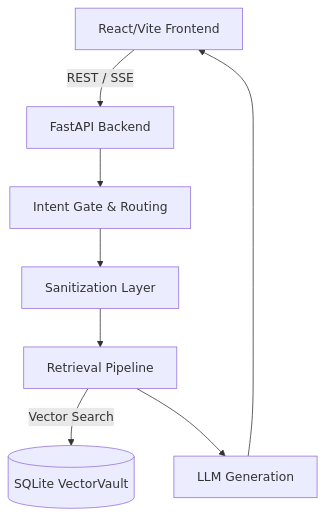
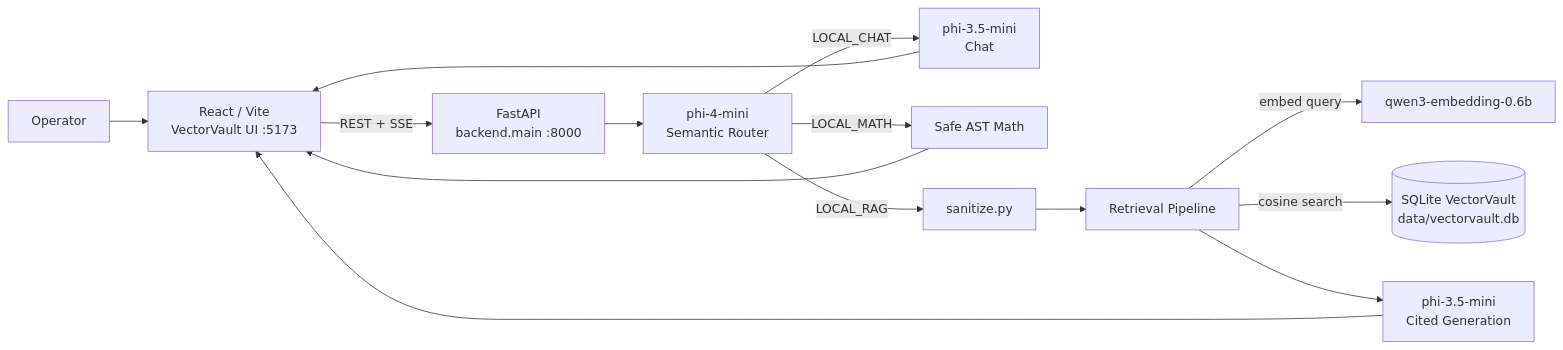
One commit to busradeveci/finansasistan-local-rag changed the diagram in README.md. Above: the diagram before and after it, drawn with Mermaid. The commit also changed other lines of this file, not shown here.

````diff
--- a/README.md
+++ b/README.md
@@ -26,10 +26,16 @@
 ```mermaid
-graph TD
-    A[React/Vite Frontend] -->|REST / SSE| B[FastAPI Backend]
-    B --> C[Intent Gate & Routing]
-    C --> D[Sanitization Layer]
-    D --> E[Retrieval Pipeline]
-    E -->|Vector Search| F[(SQLite VectorVault)]
-    E --> G[LLM Generation]
-    G --> A
+flowchart LR
+    U[Operator] --> FE[React / Vite<br/>VectorVault UI :5173]
+    FE -->|REST + SSE| API[FastAPI<br/>backend.main :8000]
+    API --> R[phi-4-mini<br/>Semantic Router]
+    R -->|LOCAL_CHAT| CHAT[phi-3.5-mini<br/>Chat]
+    R -->|LOCAL_MATH| MATH[Safe AST Math]
+    R -->|LOCAL_RAG| SAN[sanitize.py]
+    SAN --> RET[Retrieval Pipeline]
+    RET -->|embed query| EMB[qwen3-embedding-0.6b]
+    RET -->|cosine search| DB[(SQLite VectorVault<br/>data/vectorvault.db)]
+    RET --> GEN[phi-3.5-mini<br/>Cited Generation]
+    GEN --> FE
+    CHAT --> FE
+    MATH --> FE
 ```
````
